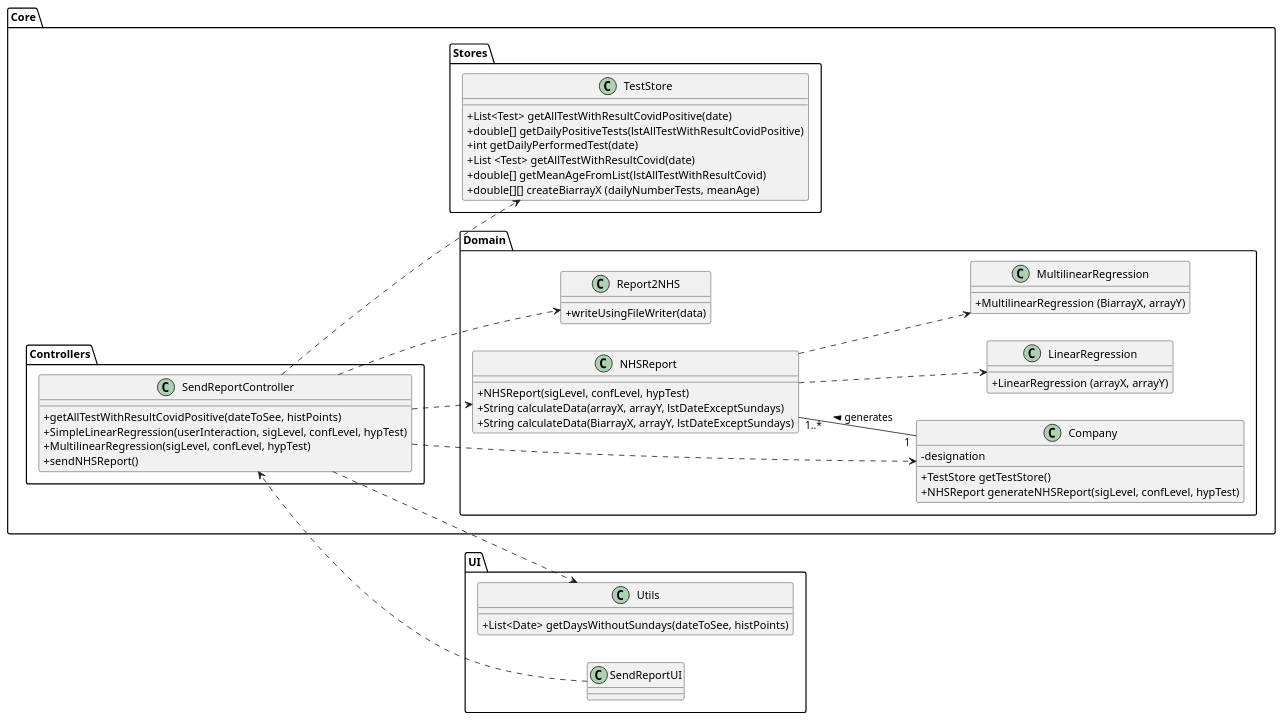
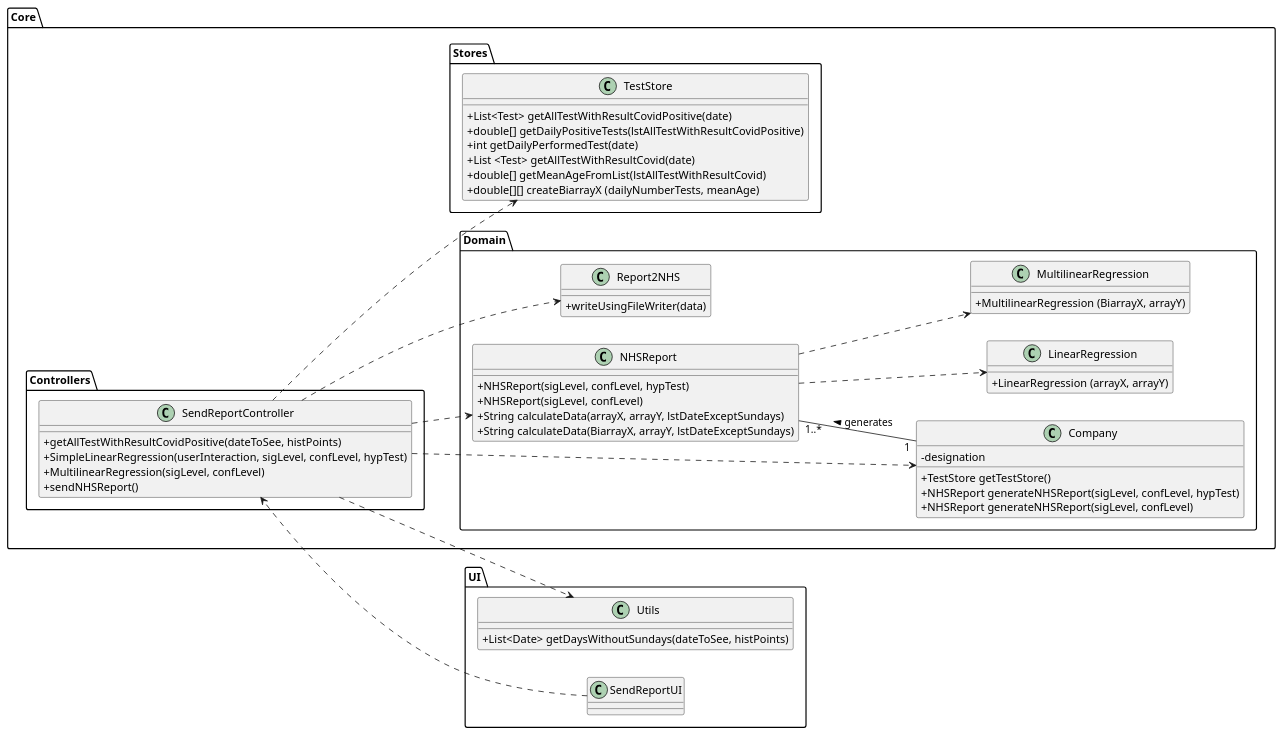
Before and after one commit to 0franciscor/lei-21-s2-1de-g19: the diagram in docs/SprintD/US18/US18-CD.puml, drawn with PlantUML. The commit also changed 5 other files, not shown here.

```diff
--- a/docs/SprintD/US18/US18-CD.puml
+++ b/docs/SprintD/US18/US18-CD.puml
@@ -1,76 +1,78 @@
 @startuml
 'https://plantuml.com/class-diagram
 
 skinparam classAttributeIconSize 0
 left to right direction
 
 package Core{
 
 package Controllers{
 class "SendReportController" as SRC {
 +getAllTestWithResultCovidPositive(dateToSee, histPoints)
 +SimpleLinearRegression(userInteraction, sigLevel, confLevel, hypTest)
-+MultilinearRegression(sigLevel, confLevel, hypTest)
++MultilinearRegression(sigLevel, confLevel)
 +sendNHSReport()
 }
 }
 
 package Domain{
 class "Company" as C {
 -designation
 +TestStore getTestStore()
 +NHSReport generateNHSReport(sigLevel, confLevel, hypTest)
++NHSReport generateNHSReport(sigLevel, confLevel)
 }
 
 class "NHSReport" as NHSR {
 +NHSReport(sigLevel, confLevel, hypTest)
++NHSReport(sigLevel, confLevel)
 +String calculateData(arrayX, arrayY, lstDateExceptSundays)
 +String calculateData(BiarrayX, arrayY, lstDateExceptSundays)
 }
 
 class "Report2NHS" as R2NHS {
 +writeUsingFileWriter(data)
 }
 
 class "LinearRegression" as LR {
 +LinearRegression (arrayX, arrayY)
 }
 
 class "MultilinearRegression" as MLR {
 +MultilinearRegression (BiarrayX, arrayY)
 }
 
 }
 
 package Stores{
 
 class "TestStore" as TS {
 +List<Test> getAllTestWithResultCovidPositive(date)
 +double[] getDailyPositiveTests(lstAllTestWithResultCovidPositive)
 +int getDailyPerformedTest(date)
 +List <Test> getAllTestWithResultCovid(date)
 +double[] getMeanAgeFromList(lstAllTestWithResultCovid)
 +double[][] createBiarrayX (dailyNumberTests, meanAge)
 }
 }
 }
 
 package UI{
 class "SendReportUI" as SRUI
 
 class "Utils" as U {
 +List<Date> getDaysWithoutSundays(dateToSee, histPoints)
 }
 }
 
 SRUI ..> SRC
 SRC ..> U
 SRC ..> C
 SRC ..> TS
 SRC ..> NHSR
 NHSR ..> LR
 NHSR ..> MLR
 SRC ..> R2NHS
 NHSR "1..*" -- "1" C : < generates
 
 @enduml
```
